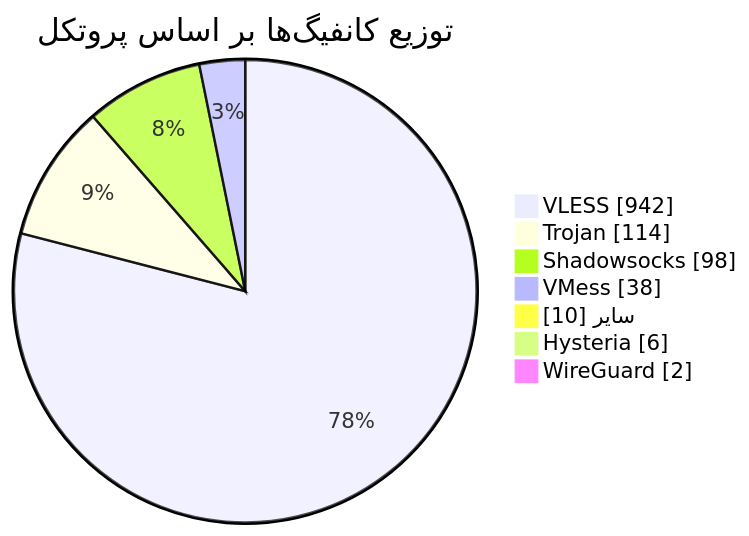
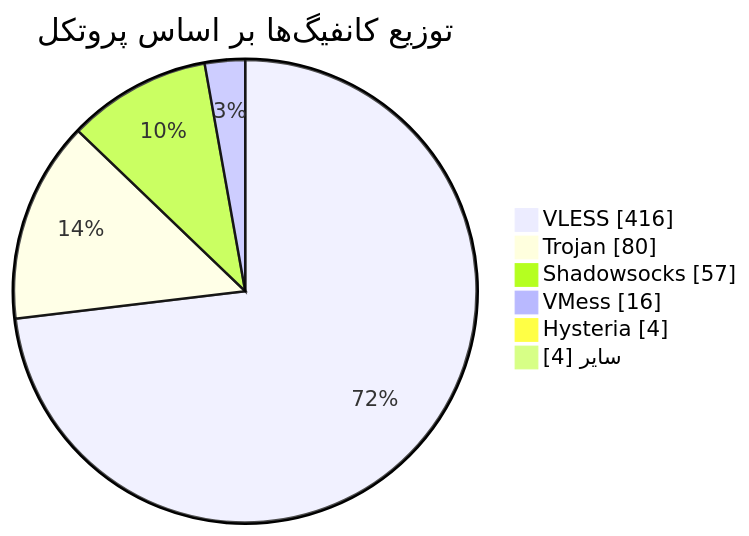
Before and after one commit to Arian-Alijani/Somthing: the diagram in README.md, drawn with Mermaid. The commit also changed other lines of this file and 19 other files, not shown here.

````diff
--- a/README.md
+++ b/README.md
@@ -49,11 +48,10 @@
 ```mermaid
 pie showData
     title توزیع کانفیگ‌ها بر اساس پروتکل
-    "VLESS" : 942
-    "Trojan" : 114
-    "Shadowsocks" : 98
-    "VMess" : 38
-    "سایر" : 10
-    "Hysteria" : 6
-    "WireGuard" : 2
+    "VLESS" : 416
+    "Trojan" : 80
+    "Shadowsocks" : 57
+    "VMess" : 16
+    "Hysteria" : 4
+    "سایر" : 4
 ```
````
